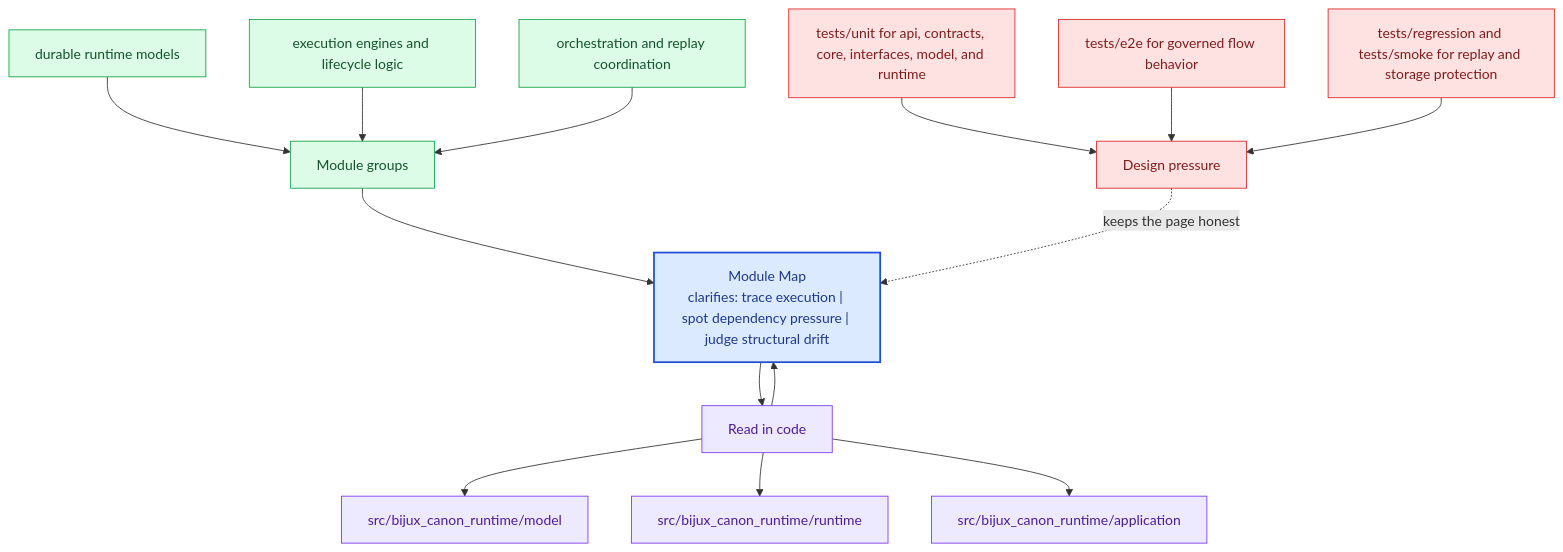
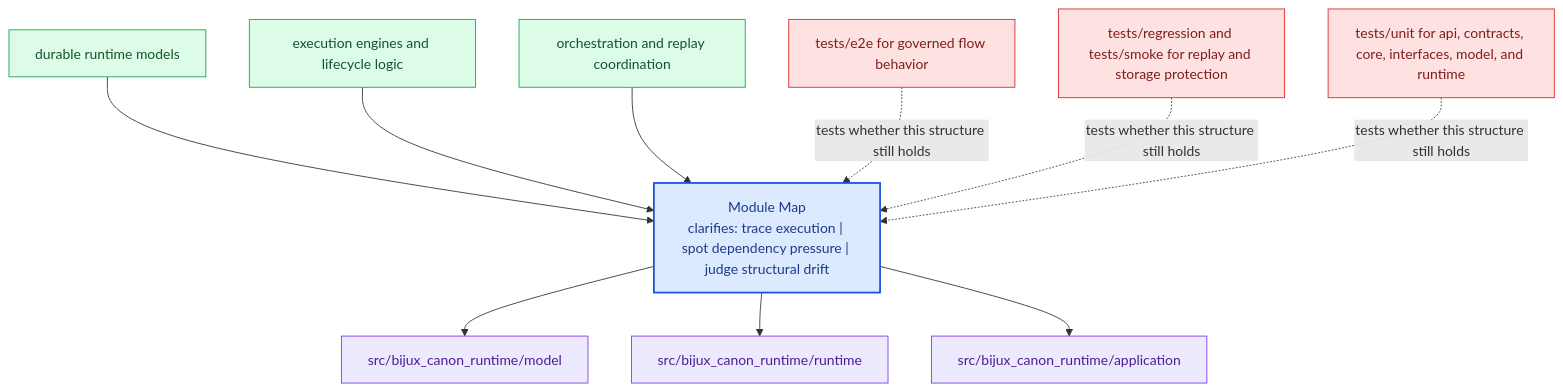
Before and after one commit to bijux/bijux-canon: the diagram in docs/bijux-canon-runtime/architecture/module-map.md, drawn with Mermaid. The commit also changed other lines of this file and 281 other files, not shown here.

Commit message:
docs(diagrams): replace repeated mermaid scaffolds with page-specific summaries

````diff
--- a/docs/bijux-canon-runtime/architecture/module-map.md
+++ b/docs/bijux-canon-runtime/architecture/module-map.md
@@ -68,40 +23,31 @@
 ```mermaid
 flowchart TB
-    promise["Module Map<br/>clarifies: trace execution | spot dependency pressure | judge structural drift"]
-    classDef promise fill:#dbeafe,stroke:#1d4ed8,color:#1e3a8a,stroke-width:2px;
-    classDef driver fill:#dcfce7,stroke:#16a34a,color:#14532d;
-    classDef constraint fill:#fee2e2,stroke:#dc2626,color:#7f1d1d;
-    classDef ground fill:#ede9fe,stroke:#7c3aed,color:#4c1d95;
-    focus1["Module groups"]
-    focus1 --> promise
-    focus1_1["durable runtime models"]
-    focus1_1 --> focus1
-    focus1_2["execution engines and lifecycle logic"]
-    focus1_2 --> focus1
-    focus1_3["orchestration and replay coordination"]
-    focus1_3 --> focus1
-    class focus1 driver;
-    class focus1_1,focus1_2,focus1_3 driver;
-    focus2["Read in code"]
-    focus2 --> promise
-    promise --> focus2
-    focus2_1["src/bijux_canon_runtime/model"]
-    focus2 --> focus2_1
-    focus2_2["src/bijux_canon_runtime/runtime"]
-    focus2 --> focus2_2
-    focus2_3["src/bijux_canon_runtime/application"]
-    focus2 --> focus2_3
-    class focus2 ground;
-    class focus2_1,focus2_2,focus2_3 ground;
-    focus3["Design pressure"]
-    focus3 -.keeps the page honest.-> promise
-    focus3_1["tests/unit for api, contracts, core, interfaces, model, and runtime"]
-    focus3_1 --> focus3
-    focus3_2["tests/e2e for governed flow behavior"]
-    focus3_2 --> focus3
-    focus3_3["tests/regression and tests/smoke for replay and storage protection"]
-    focus3_3 --> focus3
-    class focus3 constraint;
-    class focus3_1,focus3_2,focus3_3 constraint;
-    class promise promise;
+    page["Module Map<br/>clarifies: trace execution | spot dependency pressure | judge structural drift"]
+    classDef page fill:#dbeafe,stroke:#1d4ed8,color:#1e3a8a,stroke-width:2px;
+    classDef positive fill:#dcfce7,stroke:#16a34a,color:#14532d;
+    classDef caution fill:#fee2e2,stroke:#dc2626,color:#7f1d1d;
+    classDef anchor fill:#ede9fe,stroke:#7c3aed,color:#4c1d95;
+    classDef action fill:#fef3c7,stroke:#d97706,color:#7c2d12;
+    module1["durable runtime models"]
+    module1 --> page
+    module2["execution engines and lifecycle logic"]
+    module2 --> page
+    module3["orchestration and replay coordination"]
+    module3 --> page
+    code1["src/bijux_canon_runtime/model"]
+    page --> code1
+    code2["src/bijux_canon_runtime/runtime"]
+    page --> code2
+    code3["src/bijux_canon_runtime/application"]
+    page --> code3
+    pressure1["tests/e2e for governed flow behavior"]
+    pressure1 -.tests whether this structure still holds.-> page
+    pressure2["tests/regression and tests/smoke for replay and storage protection"]
+    pressure2 -.tests whether this structure still holds.-> page
+    pressure3["tests/unit for api, contracts, core, interfaces, model, and runtime"]
+    pressure3 -.tests whether this structure still holds.-> page
+    class page page;
+    class module1,module2,module3 positive;
+    class code1,code2,code3 anchor;
+    class pressure1,pressure2,pressure3 caution;
 ```
````
